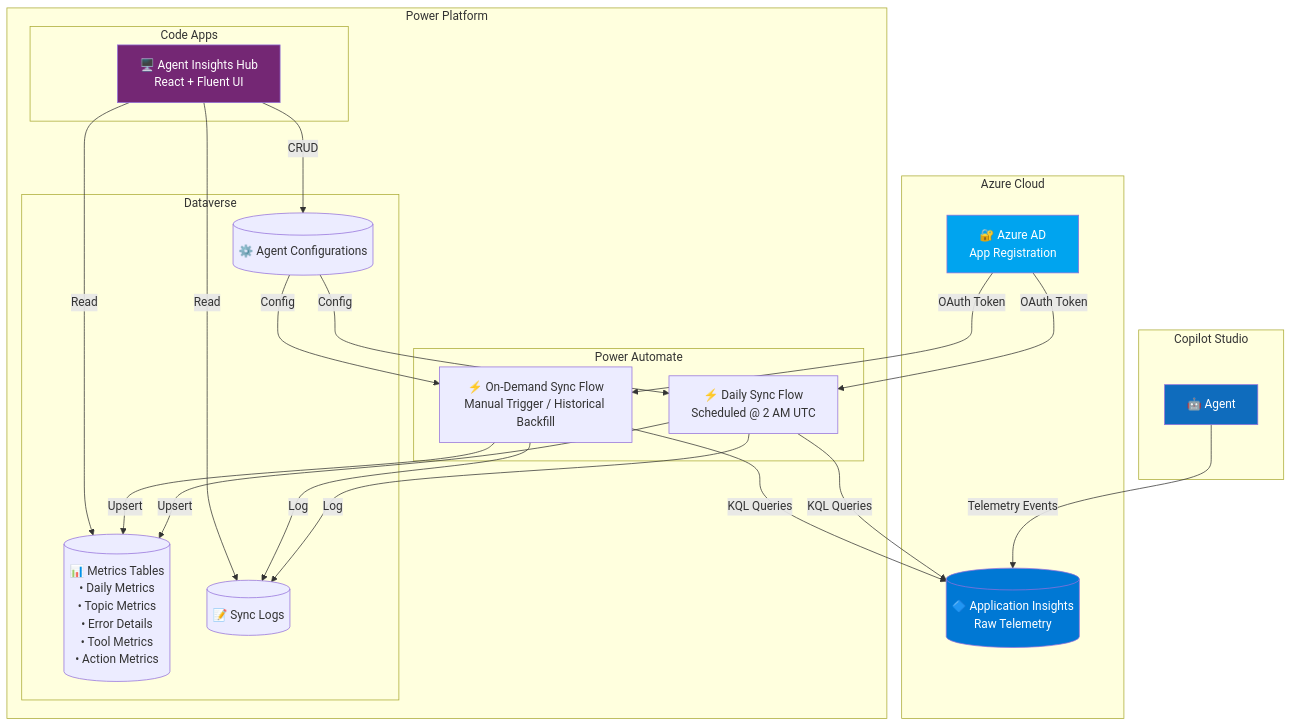
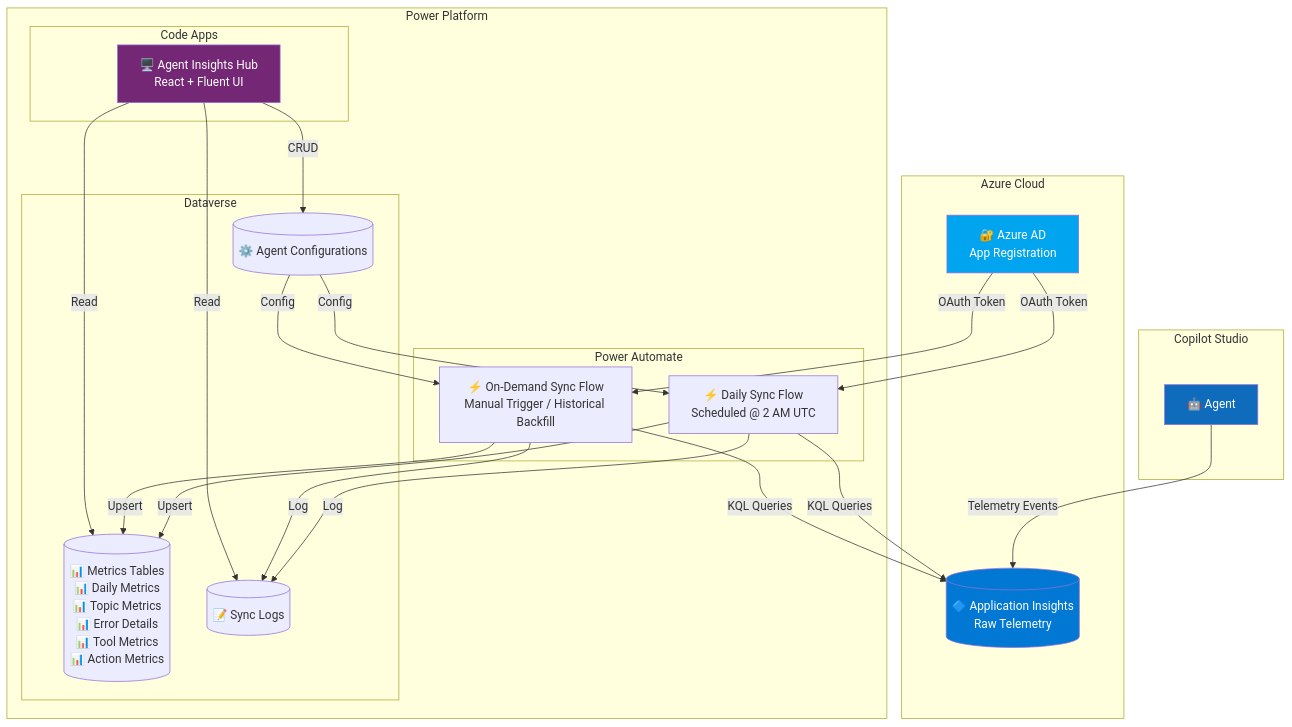
The first of 3 diagrams in AGENTINSIGHTSHUB.md (microsoft/Power-CAT-Copilot-Studio-Kit), drawn with Mermaid before and after one commit. The commit also changed other lines of this file, not shown here.

````diff
--- a/AGENTINSIGHTSHUB.md
+++ b/AGENTINSIGHTSHUB.md
@@ -50,53 +55,53 @@
 ```mermaid
 flowchart TB
     subgraph "Azure Cloud"
         AI[("🔷 Application Insights<br/>Raw Telemetry")]
         AAD["🔐 Azure AD<br/>App Registration"]
     end
 
     subgraph "Power Platform"
         subgraph "Power Automate"
             F1["⚡ Daily Sync Flow<br/>Scheduled @ 2 AM UTC"]
             F2["⚡ On-Demand Sync Flow<br/>Manual Trigger / Historical Backfill"]
         end
 
         subgraph "Dataverse"
-            DV1[("📊 Metrics Tables<br/>• Daily Metrics<br/>• Topic Metrics<br/>• Error Details<br/>• Tool Metrics<br/>• Action Metrics")]
+            DV1[("📊 Metrics Tables<br/>📊 Daily Metrics<br/>📊 Topic Metrics<br/>📊 Error Details<br/>📊 Tool Metrics<br/>📊 Action Metrics")]
             DV2[("⚙️ Agent Configurations")]
             DV3[("📝 Sync Logs")]
         end
 
         subgraph "Code Apps"
             APP["🖥️ Agent Insights Hub<br/>React + Fluent UI"]
         end
     end
 
     subgraph "Copilot Studio"
         CS["🤖 Agent"]
     end
 
     CS -->|"Telemetry Events"| AI
     AAD -->|"OAuth Token"| F1
     AAD -->|"OAuth Token"| F2
 
     F1 -->|"KQL Queries"| AI
     F2 -->|"KQL Queries"| AI
 
     F1 -->|"Upsert"| DV1
     F2 -->|"Upsert"| DV1
 
     DV2 -->|"Config"| F1
     DV2 -->|"Config"| F2
 
     F1 -->|"Log"| DV3
     F2 -->|"Log"| DV3
 
     APP -->|"Read"| DV1
     APP -->|"CRUD"| DV2
     APP -->|"Read"| DV3
 
     style AI fill:#0078D4,color:white
     style AAD fill:#00A4EF,color:white
     style APP fill:#742774,color:white
     style CS fill:#0F6CBD,color:white
 ```
````
